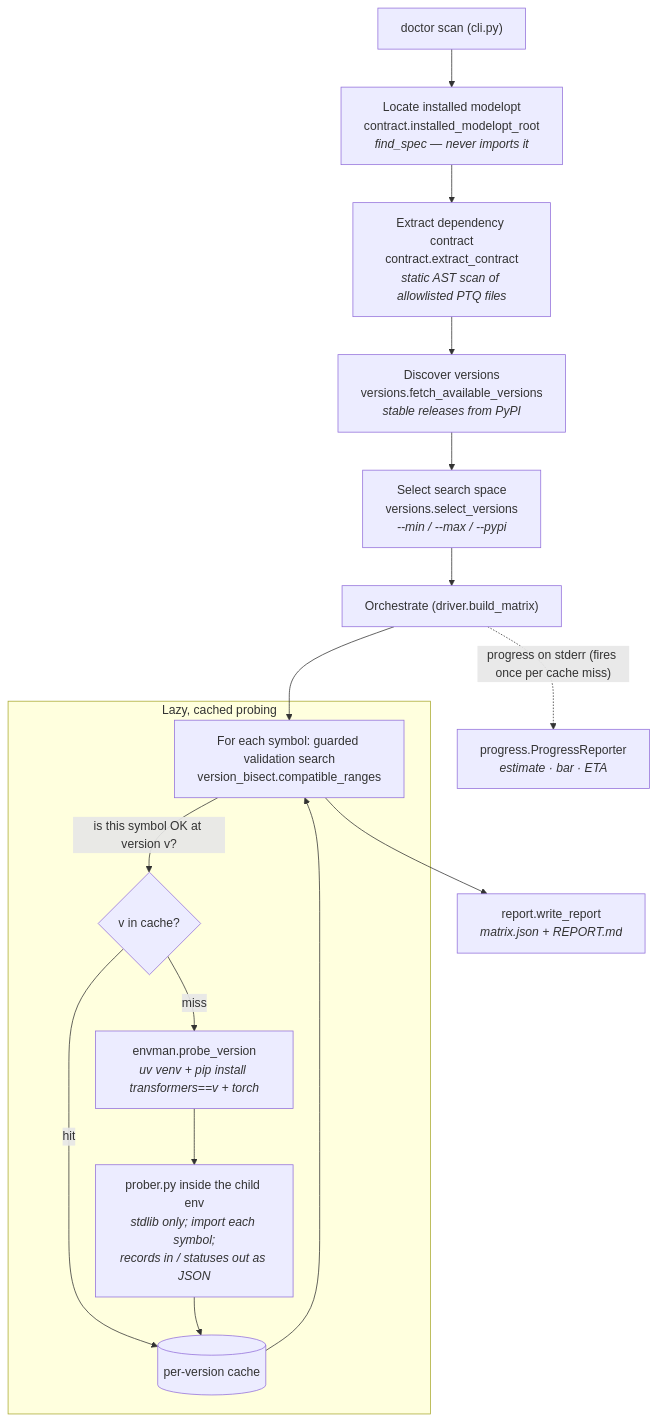
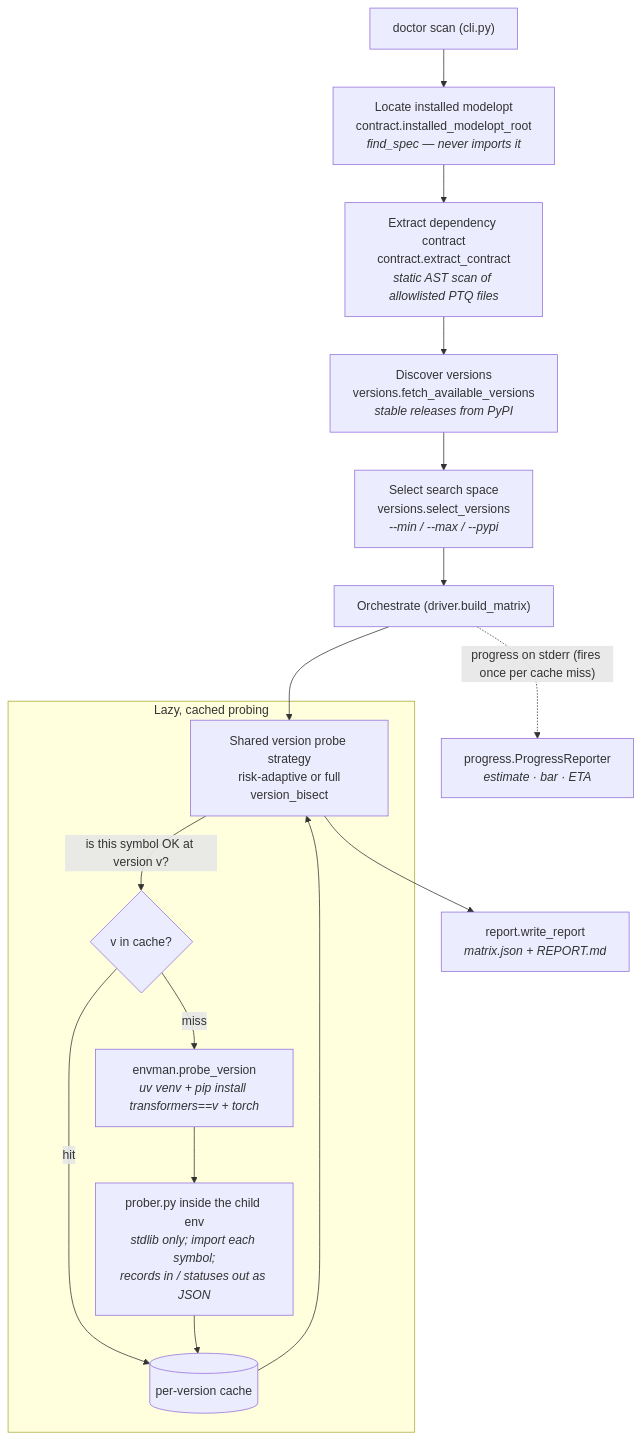
One commit to joe0731/modelopt_ptq_transformers_doctor changed the first of 8 diagrams in README.md. Above: the diagram before and after it, drawn with Mermaid. The commit also changed other lines of this file and 15 other files, not shown here.

Commit message:
feat: add risk-adaptive scans and model coverage

````diff
--- a/README.md
+++ b/README.md
@@ -66,22 +68,22 @@
 ```mermaid
 flowchart TD
     scan["doctor scan&nbsp;(cli.py)"] --> locate["Locate installed modelopt<br/>contract.installed_modelopt_root<br/><i>find_spec — never imports it</i>"]
     locate --> extract["Extract dependency contract<br/>contract.extract_contract<br/><i>static AST scan of allowlisted PTQ files</i>"]
     extract --> discover["Discover versions<br/>versions.fetch_available_versions<br/><i>stable releases from PyPI</i>"]
     discover --> select["Select search space<br/>versions.select_versions<br/><i>--min / --max / --pypi</i>"]
     select --> orchestrate["Orchestrate&nbsp;(driver.build_matrix)"]
 
-    orchestrate --> bisect["For each symbol: guarded validation search<br/>version_bisect.compatible_ranges"]
+    orchestrate --> bisect["Shared version probe strategy<br/>risk-adaptive or full<br/>version_bisect"]
 
     subgraph probing["Lazy, cached probing"]
       bisect -->|"is this symbol OK at version v?"| cache_check{"v in cache?"}
       cache_check -->|hit| cache[("per-version cache")]
       cache_check -->|miss| install_env["envman.probe_version<br/><i>uv venv + pip install transformers==v + torch</i>"]
       install_env --> prober["prober.py inside the child env<br/><i>stdlib only; import each symbol;<br/>records in / statuses out as JSON</i>"]
       prober --> cache
       cache --> bisect
     end
 
     bisect --> report["report.write_report<br/><i>matrix.json + REPORT.md</i>"]
     orchestrate -. "progress on stderr (fires once per cache miss)" .-> progress["progress.ProgressReporter<br/><i>estimate · bar · ETA</i>"]
 ```
````
